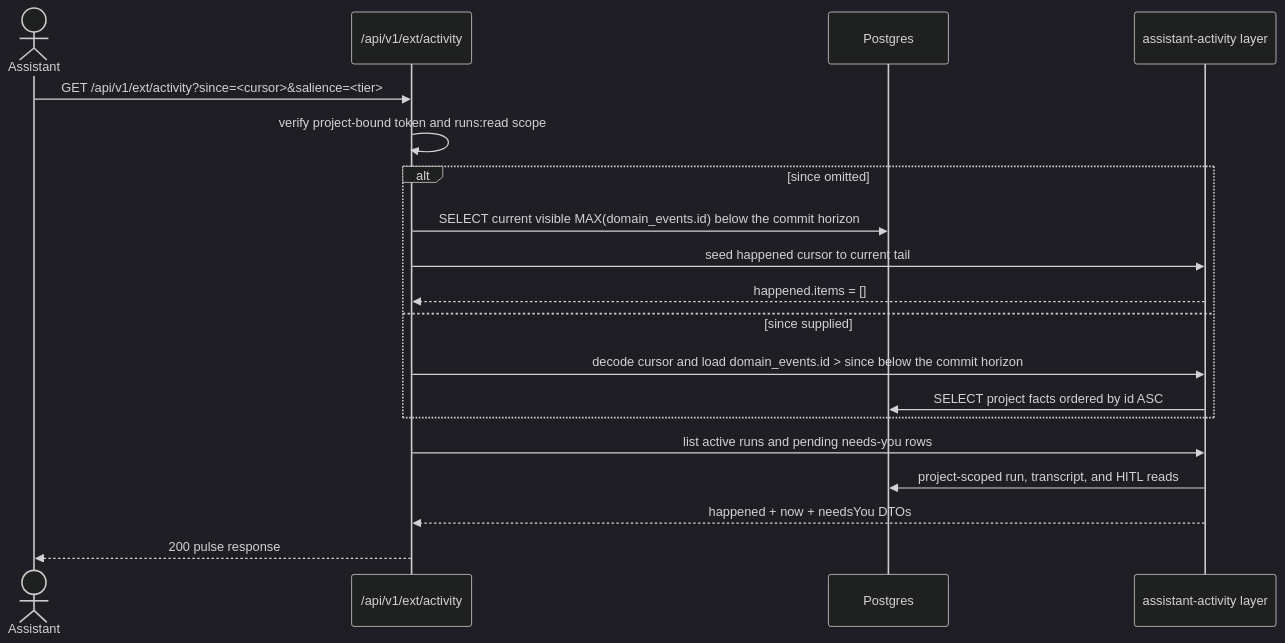
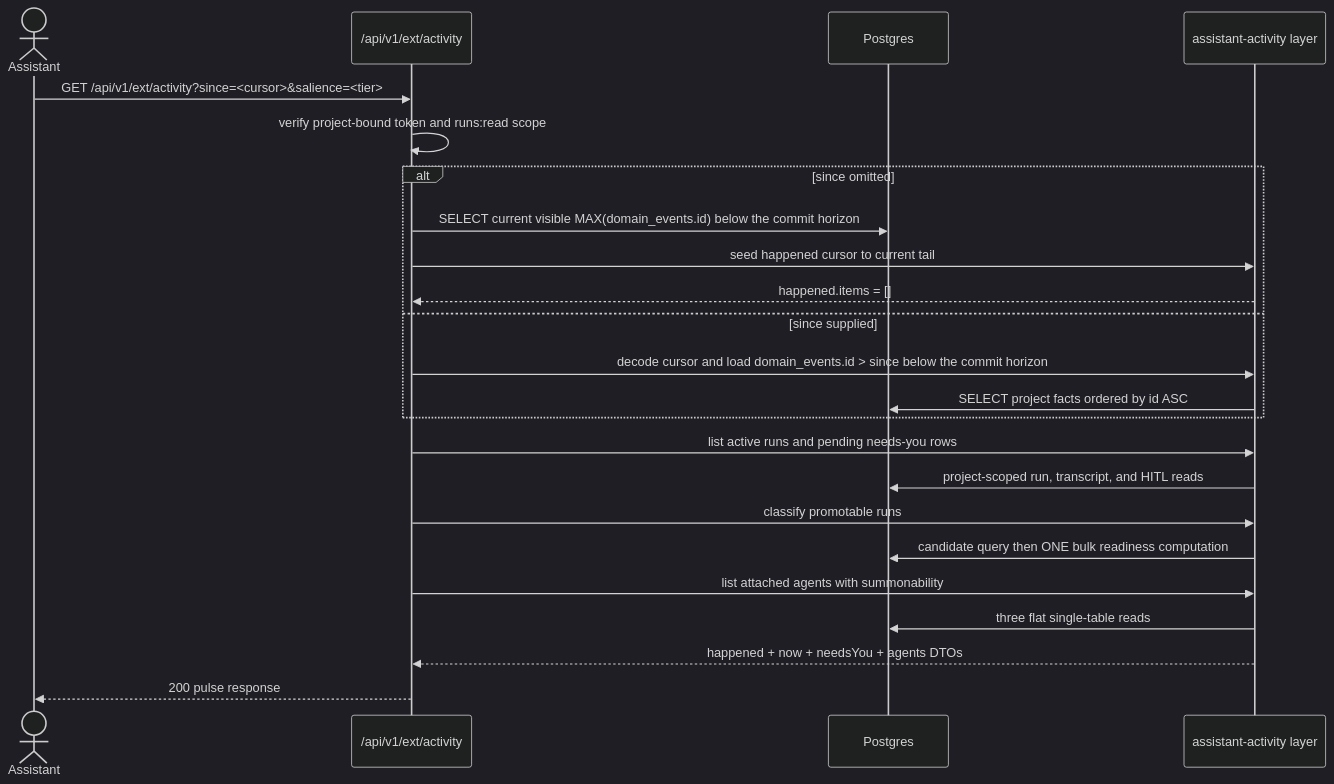
Before and after one commit to maister-dev/maister: the second of 3 diagrams in docs/system-analytics/assistant-activity.md, drawn with Mermaid (dark theme). The commit also changed other lines of this file and 15 other files, not shown here.

````diff
--- a/docs/system-analytics/assistant-activity.md
+++ b/docs/system-analytics/assistant-activity.md
@@ -92,22 +116,26 @@
 ```mermaid
 sequenceDiagram
     actor A as Assistant
     participant EXT as /api/v1/ext/activity
     participant DB as Postgres
     participant ACT as assistant-activity layer
 
     A->>EXT: GET /api/v1/ext/activity?since=<cursor>&salience=<tier>
     EXT->>EXT: verify project-bound token and runs:read scope
     alt since omitted
         EXT->>DB: SELECT current visible MAX(domain_events.id) below the commit horizon
         EXT->>ACT: seed happened cursor to current tail
         ACT-->>EXT: happened.items = []
     else since supplied
         EXT->>ACT: decode cursor and load domain_events.id > since below the commit horizon
         ACT->>DB: SELECT project facts ordered by id ASC
     end
     EXT->>ACT: list active runs and pending needs-you rows
     ACT->>DB: project-scoped run, transcript, and HITL reads
-    ACT-->>EXT: happened + now + needsYou DTOs
+    EXT->>ACT: classify promotable runs
+    ACT->>DB: candidate query then ONE bulk readiness computation
+    EXT->>ACT: list attached agents with summonability
+    ACT->>DB: three flat single-table reads
+    ACT-->>EXT: happened + now + needsYou + agents DTOs
     EXT-->>A: 200 pulse response
 ```
````
